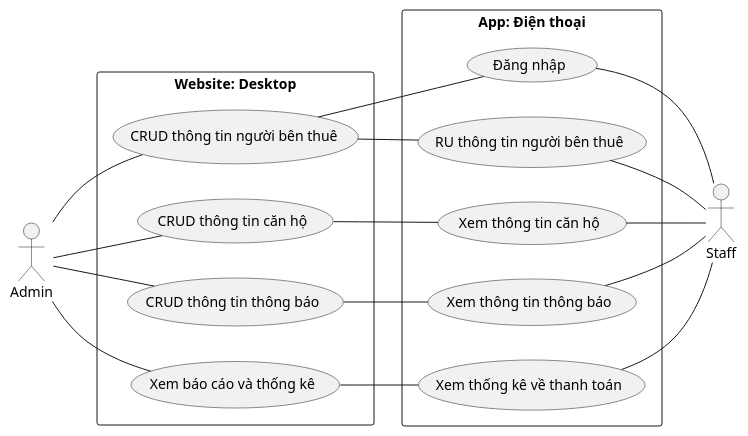
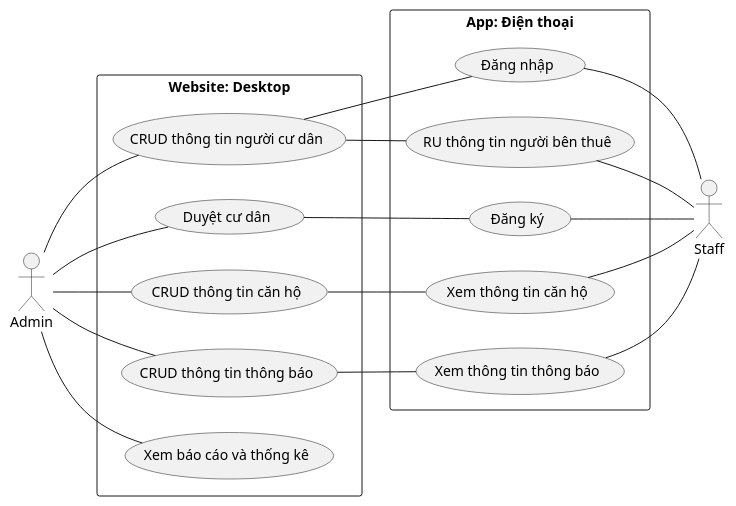
One commit to QuickyBooster/SE357-Pratice-class changed the diagram in Lab1/Lab1.2/Usecase/Quản lý cư dân.plantuml. Above: the diagram before and after it, drawn with PlantUML. The commit also changed 7 other files, not shown here.

Commit message:
thuyduong class diagram

```diff
--- a/Lab1/Lab1.2/Usecase/Quản lý cư dân.plantuml
+++ b/Lab1/Lab1.2/Usecase/Quản lý cư dân.plantuml
@@ -1,38 +1,39 @@
 @startuml
 left to right direction
 
 actor Admin as C
 actor Staff as S
 rectangle "Website: Desktop" {
-  usecase (CRUD thông tin người bên thuê) as UC1
+  usecase (CRUD thông tin người cư dân) as UC1
+  usecase (Duyệt cư dân) as UC10
   usecase (CRUD thông tin căn hộ) as UC2
   usecase (CRUD thông tin thông báo) as UC3
   usecase (Xem báo cáo và thống kê) as UC4
 }
 
 rectangle "App: Điện thoại" {
   usecase "Đăng nhập" as UC5
   usecase "RU thông tin người bên thuê" as UC6
+  usecase "Đăng ký" as UC11
   usecase "Xem thông tin căn hộ" as UC7
   usecase "Xem thông tin thông báo" as UC8
-  usecase "Xem thống kê về thanh toán" as UC9
   
 }
 
 C -- UC1
 C -- UC2
 C -- UC3
 C -- UC4
+C -- UC10
 UC5 -- S
 UC6 -- S
 UC7 -- S
 UC8 -- S
-UC9 -- S
+UC11 -- S
 UC1 -- UC5
 UC1 -- UC6
 UC2 -- UC7
 UC3 -- UC8
-UC4 -- UC9
-
+UC10 -- UC11
 
 @enduml
```
